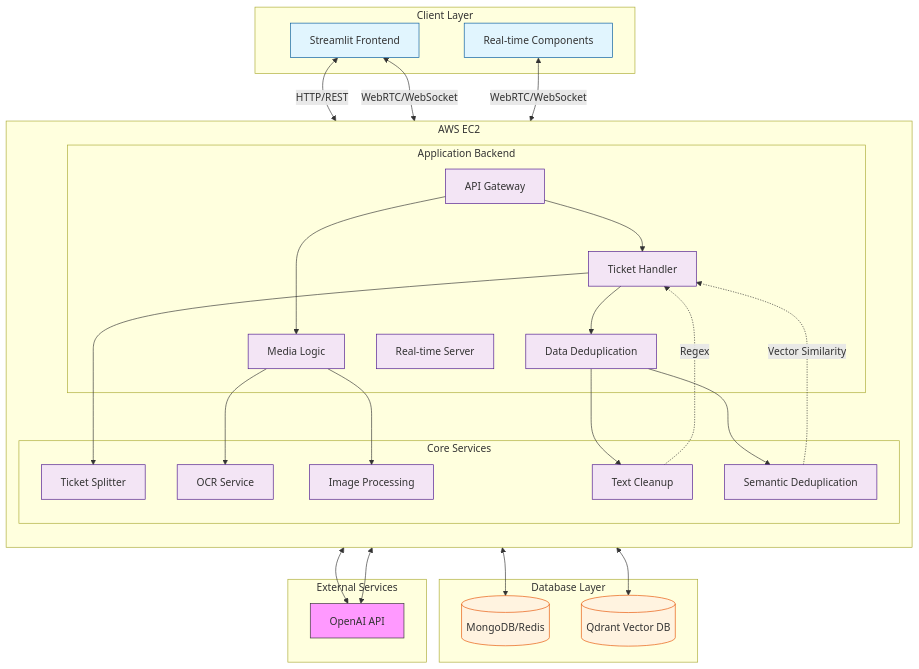
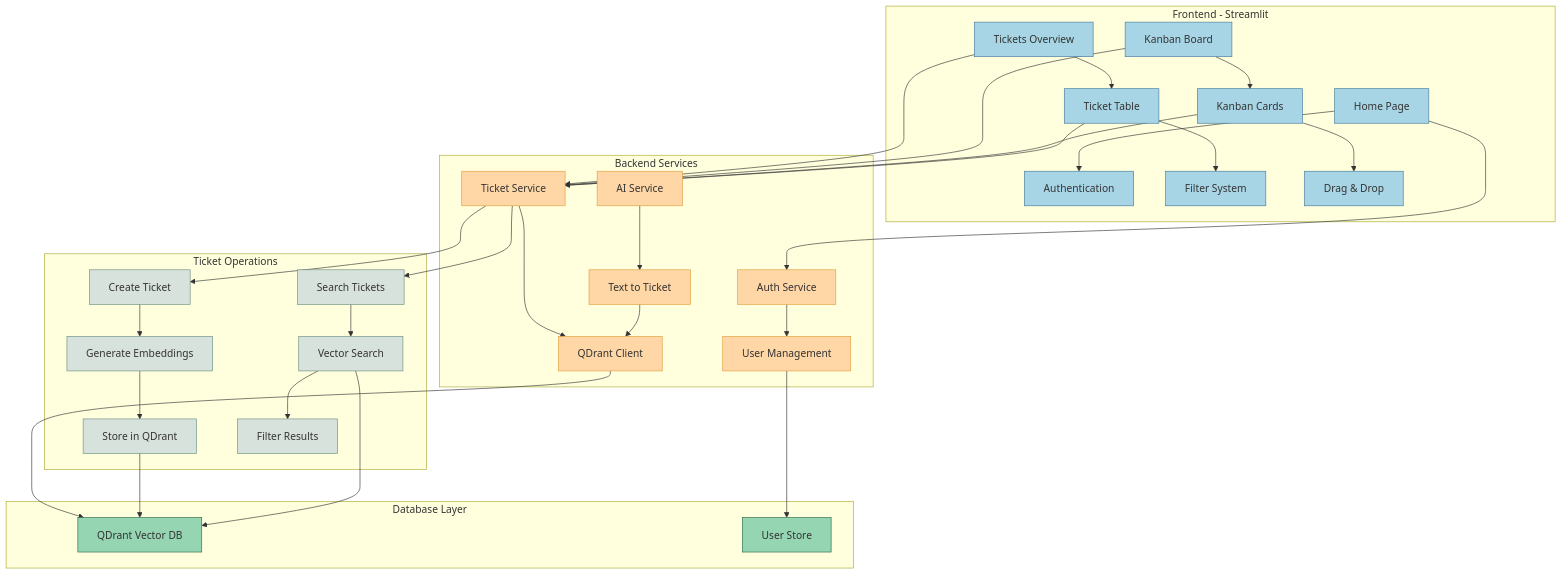
One commit to c-wenlong/ticket-master changed the diagram in docs/developer/architecture.md. Above: the diagram before and after it, drawn with Mermaid. The commit also changed 6 other files, not shown here.

Commit message:
Add project README and update architectural diagram.

````diff
--- a/docs/developer/architecture.md
+++ b/docs/developer/architecture.md
@@ -1,74 +1,57 @@
 ```mermaid
-flowchart TB
-    subgraph Client["Client Layer"]
-        UI[Streamlit Frontend]
-        RT[Real-time Components]
+graph TD
+    subgraph "Frontend - Streamlit"
+        A[Home Page] --> D[Authentication]
+        B[Tickets Overview] --> E[Ticket Table]
+        C[Kanban Board] --> F[Kanban Cards]
+        E --> G[Filter System]
+        F --> H[Drag & Drop]
     end
 
-    subgraph AWS["AWS EC2"]
-        direction TB
-        subgraph Backend["Application Backend"]
-            API[API Gateway]
-            TH[Ticket Handler]
-            DD[Data Deduplication]
-            ML[Media Logic]
-            RT_BE[Real-time Server]
-        end
-
-        subgraph Services["Core Services"]
-            TS[Ticket Splitter]
-            TC[Text Cleanup]
-            SD[Semantic Deduplication]
-            OCR[OCR Service]
-            IMG[Image Processing]
-        end
+    subgraph "Backend Services"
+        I[Ticket Service] --> J[QDrant Client]
+        K[Auth Service] --> L[User Management]
+        M[AI Service] --> N[Text to Ticket]
     end
 
-    subgraph Databases["Database Layer"]
-        MDB[(MongoDB/Redis)]
-        VDB[(Qdrant Vector DB)]
+    subgraph "Database Layer"
+        O[QDrant Vector DB]
+        P[User Store]
     end
 
-    subgraph External["External Services"]
-        OAI[OpenAI API]
-        style OAI fill:#f9f,stroke:#333
+    %% Connect Frontend to Backend
+    B --> I
+    C --> I
+    A --> K
+    F --> I
+    E --> I
+    N --> J
+
+    %% Connect Backend to Database
+    J --> O
+    L --> P
+
+    %% Data Flow for Ticket Operations
+    subgraph "Ticket Operations"
+        Q[Create Ticket] --> R[Generate Embeddings]
+        R --> S[Store in QDrant]
+        T[Search Tickets] --> U[Vector Search]
+        U --> V[Filter Results]
     end
 
-    %% Client Layer Connections
-    UI <-->|HTTP/REST| API
-    UI <-->|WebRTC/WebSocket| RT_BE
-    RT <-->|WebRTC/WebSocket| RT_BE
-
-    %% Backend Internal Connections
-    API --> TH
-    API --> ML
-    TH --> DD
-    TH --> TS
-    ML --> OCR
-    ML --> IMG
-
-    %% Service Layer Connections
-    DD --> TC
-    DD --> SD
-    TC -.->|Regex| TH
-    SD -.->|Vector Similarity| TH
-
-    %% Database Connections
-    TH <--> MDB
-    SD <--> VDB
-
-    %% External Service Connections
-    TS <--> OAI
-    SD <--> OAI
+    I --> Q
+    I --> T
+    S --> O
+    U --> O
 
     %% Styling
-    classDef primary fill:#e1f5fe,stroke:#01579b
-    classDef secondary fill:#f3e5f5,stroke:#4a148c
-    classDef database fill:#fff3e0,stroke:#e65100
-    classDef external fill:#f9f,stroke:#333
+    classDef frontend fill:#a8d5e5,stroke:#457b9d
+    classDef backend fill:#ffd6a5,stroke:#e09f3e
+    classDef database fill:#95d5b2,stroke:#2d6a4f
+    classDef operations fill:#d8e2dc,stroke:#6b9080
 
-    class UI,RT primary
-    class API,TH,DD,ML,RT_BE,TS,TC,SD,OCR,IMG secondary
-    class MDB,VDB database
-    class OAI external
+    class A,B,C,D,E,F,G,H frontend
+    class I,J,K,L,M,N backend
+    class O,P database
+    class Q,R,S,T,U,V operations
 ```
````
